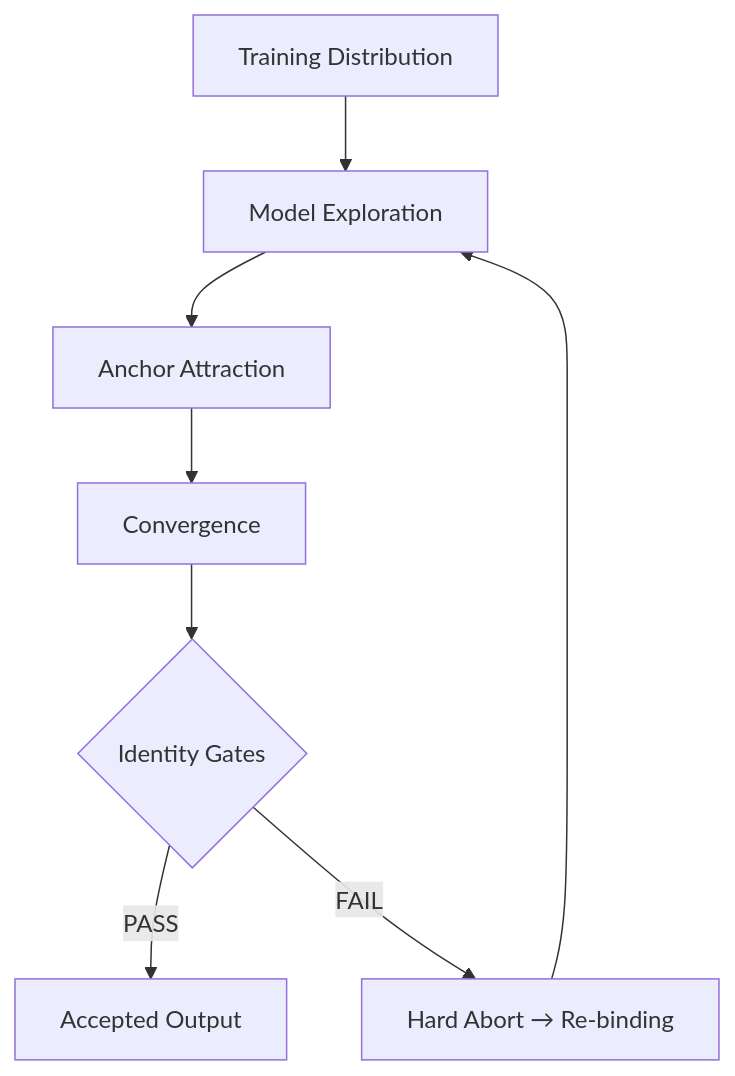
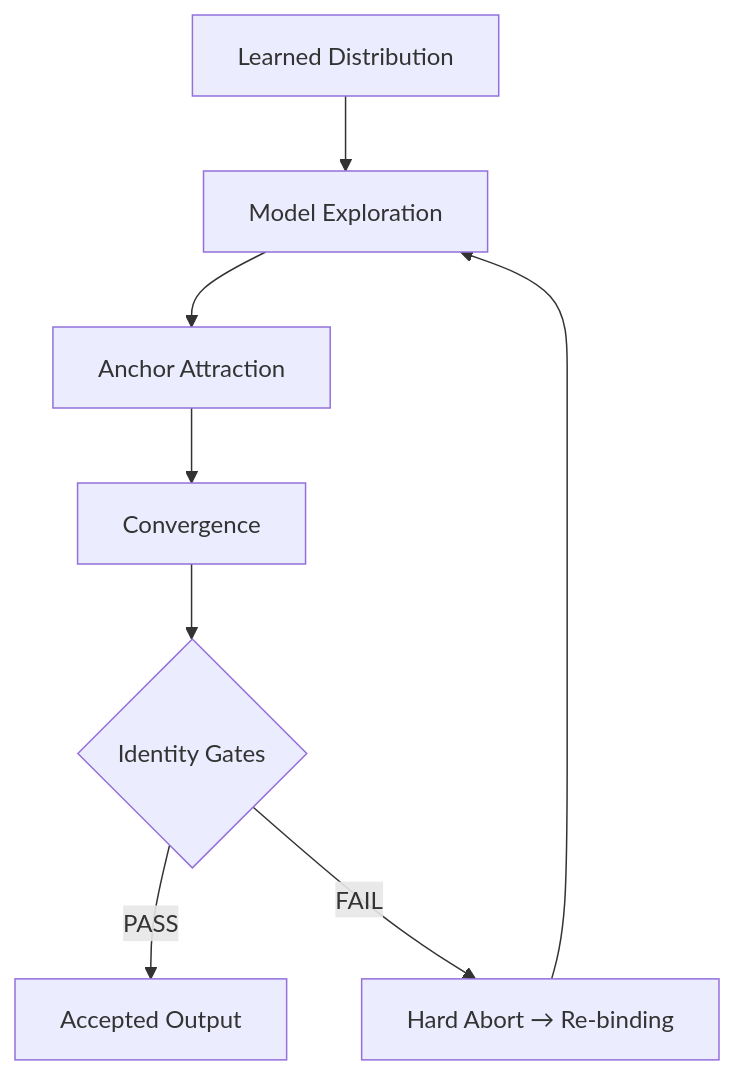
One commit to watadani-byte/character-identity-protocol changed the third of 4 diagrams in README.md. Above: the diagram before and after it, drawn with Mermaid. The commit also changed other lines of this file, not shown here.

````diff
--- a/README.md
+++ b/README.md
@@ -139,10 +146,10 @@
 ```mermaid
 flowchart TD
-    A[Training Distribution] --> B[Model Exploration]
+    A[Learned Distribution] --> B[Model Exploration]
     B --> C[Anchor Attraction]
     C --> D[Convergence]
     D --> E{Identity Gates}
     E -->|PASS| F[Accepted Output]
     E -->|FAIL| G[Hard Abort → Re-binding]
     G --> B
 ```
````
